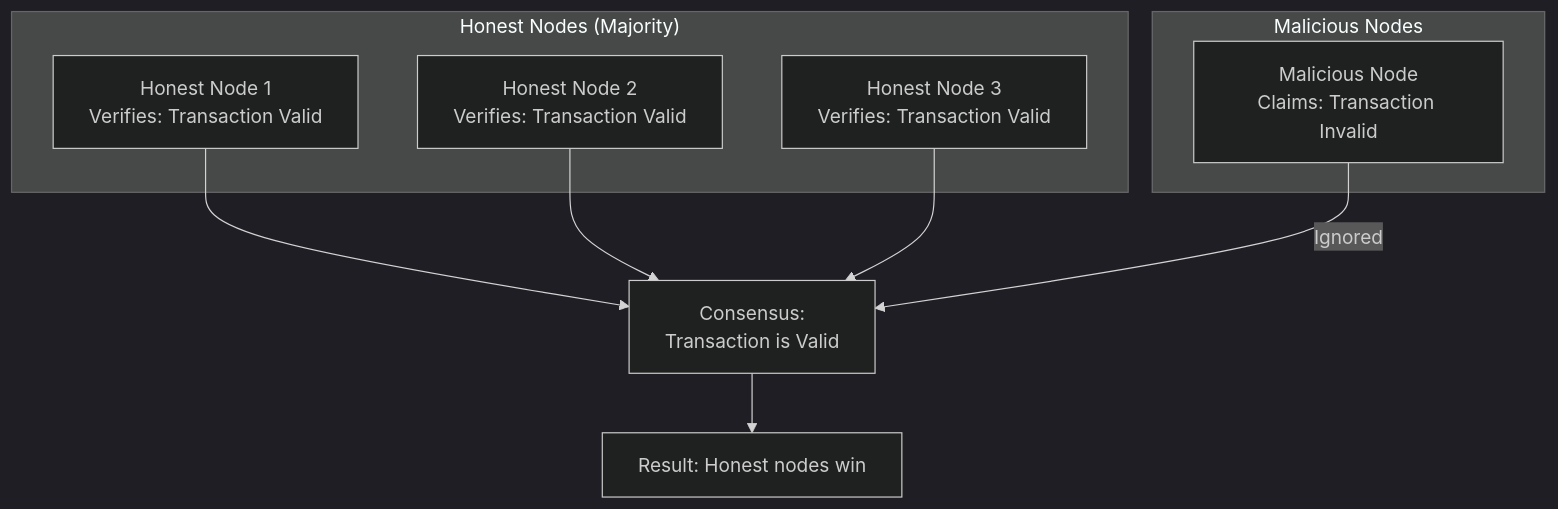
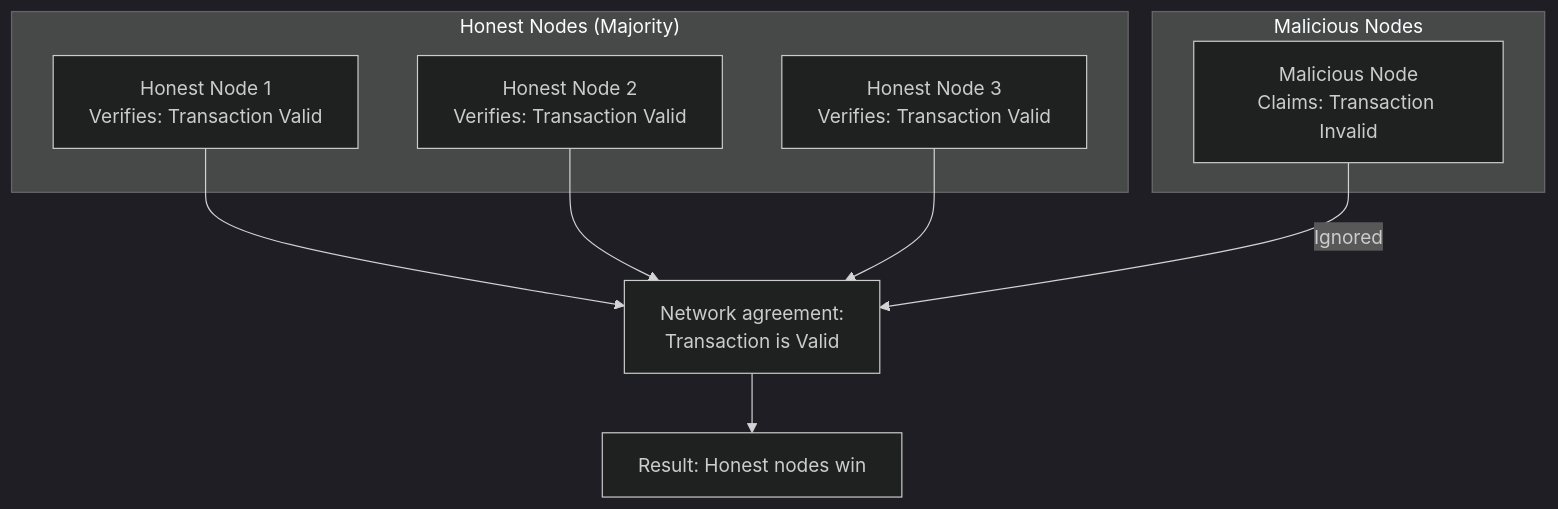
The fifth of 8 diagrams in derod-main/pages/integrity/network-consensus-validation.mdx (DHEBP/dero-docs), drawn with Mermaid (dark theme) before and after one commit. The commit also changed other lines of this file and 8 other files, not shown here.

````diff
--- a/derod-main/pages/integrity/network-consensus-validation.mdx
+++ b/derod-main/pages/integrity/network-consensus-validation.mdx
@@ -179,19 +183,19 @@
 ```mermaid
 flowchart TD
     subgraph "Honest Nodes (Majority)"
         H1["Honest Node 1<br/>Verifies: Transaction Valid"]
         H2["Honest Node 2<br/>Verifies: Transaction Valid"]
         H3["Honest Node 3<br/>Verifies: Transaction Valid"]
     end
     
     subgraph "Malicious Nodes"
         M1["Malicious Node<br/>Claims: Transaction Invalid"]
     end
     
-    H1 --> C["Consensus:<br/>Transaction is Valid"]
+    H1 --> C["Network agreement:<br/>Transaction is Valid"]
     H2 --> C
     H3 --> C
     M1 --> |"Ignored"| C
     
     C --> R["Result: Honest nodes win"]
 ```
````
